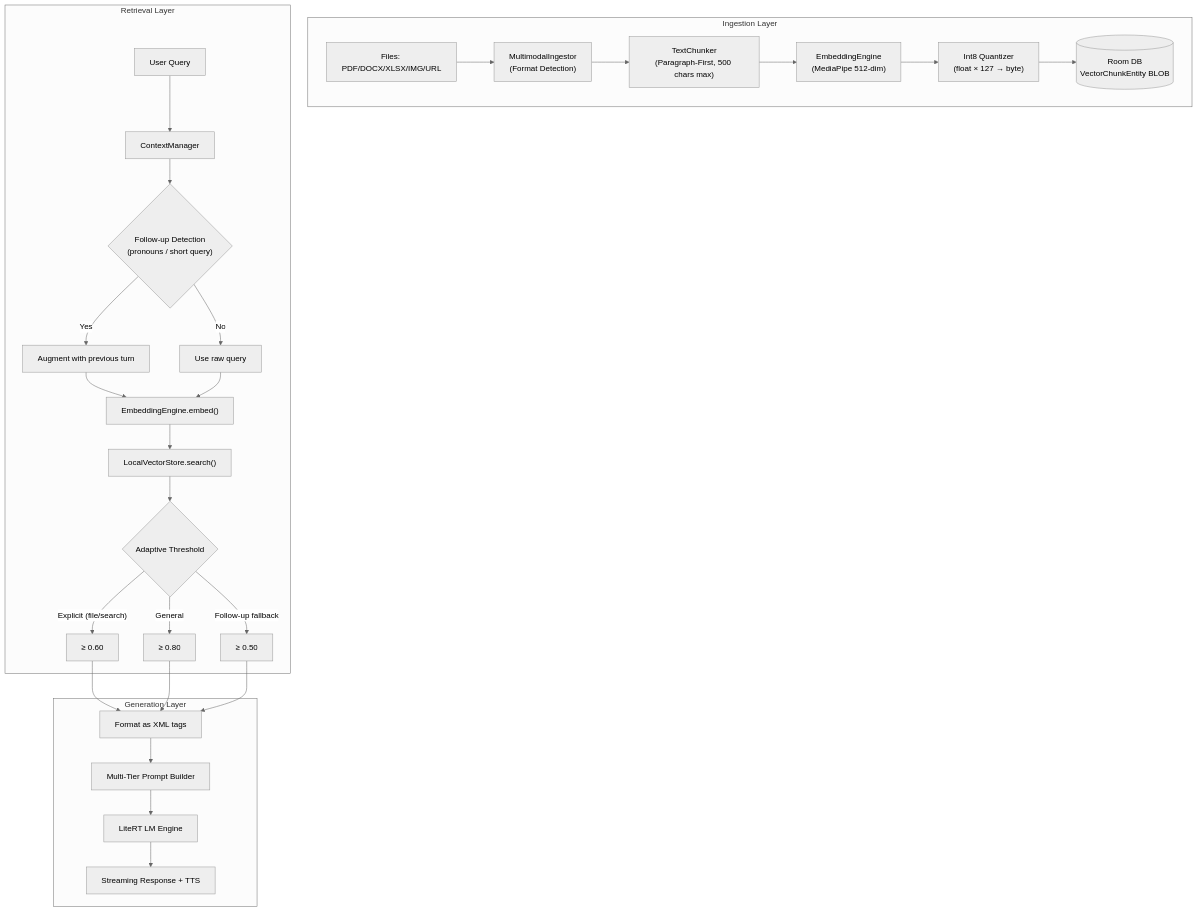
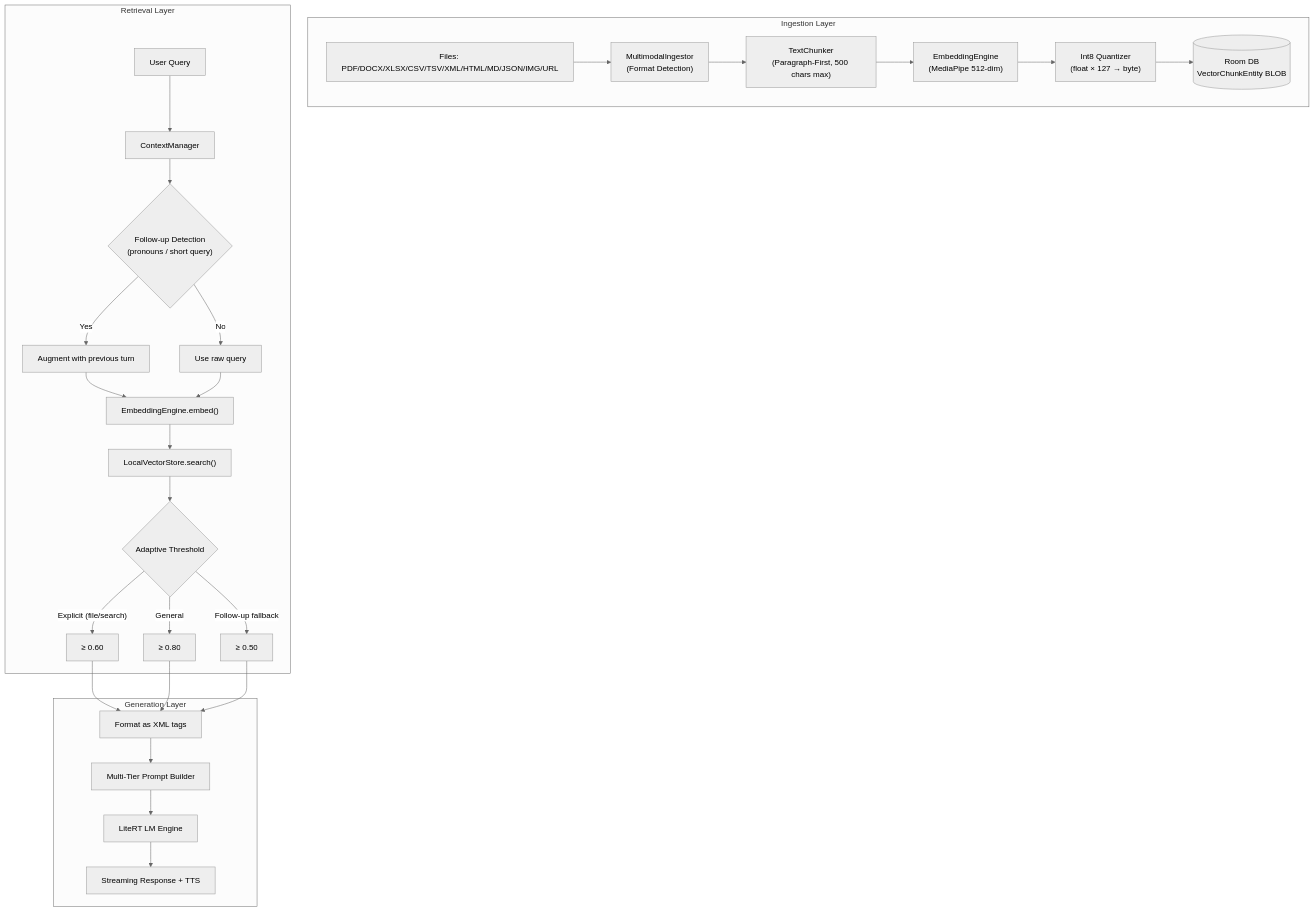
One commit to kallolchakraborty/Chhanda-AI changed the first of 2 diagrams in FAQSheet.md. Above: the diagram before and after it, drawn with Mermaid (neutral theme). The commit also changed 10 other files, not shown here.

Commit message:
feat: support CSV, TSV, XML, HTML, MD, JSON in RAG and cap recent uploads to 5 files

````diff
--- a/FAQSheet.md
+++ b/FAQSheet.md
@@ -66,31 +66,31 @@
 ```mermaid
 graph TD
     subgraph "Ingestion Layer"
-        A["Files: PDF/DOCX/XLSX/IMG/URL"] --> B["MultimodalIngestor<br/>(Format Detection)"]
+        A["Files: PDF/DOCX/XLSX/CSV/TSV/XML/HTML/MD/JSON/IMG/URL"] --> B["MultimodalIngestor<br/>(Format Detection)"]
         B --> C["TextChunker<br/>(Paragraph-First, 500 chars max)"]
         C --> D["EmbeddingEngine<br/>(MediaPipe 512-dim)"]
         D --> E["Int8 Quantizer<br/>(float × 127 → byte)"]
         E --> F[("Room DB<br/>VectorChunkEntity BLOB")]
     end
 
     subgraph "Retrieval Layer"
         G["User Query"] --> H["ContextManager"]
         H --> I{"Follow-up Detection<br/>(pronouns / short query)"}
         I -- Yes --> J["Augment with previous turn"]
         I -- No --> K["Use raw query"]
         J --> L["EmbeddingEngine.embed()"]
         K --> L
         L --> M["LocalVectorStore.search()"]
         M --> N{"Adaptive Threshold"}
         N -- "Explicit (file/search)" --> O["≥ 0.60"]
         N -- "General" --> P["≥ 0.80"]
         N -- "Follow-up fallback" --> Q["≥ 0.50"]
     end
 
     subgraph "Generation Layer"
         O & P & Q --> R["Format as XML tags"]
         R --> S["Multi-Tier Prompt Builder"]
         S --> T["LiteRT LM Engine"]
         T --> U["Streaming Response + TTS"]
     end
 ```
````
